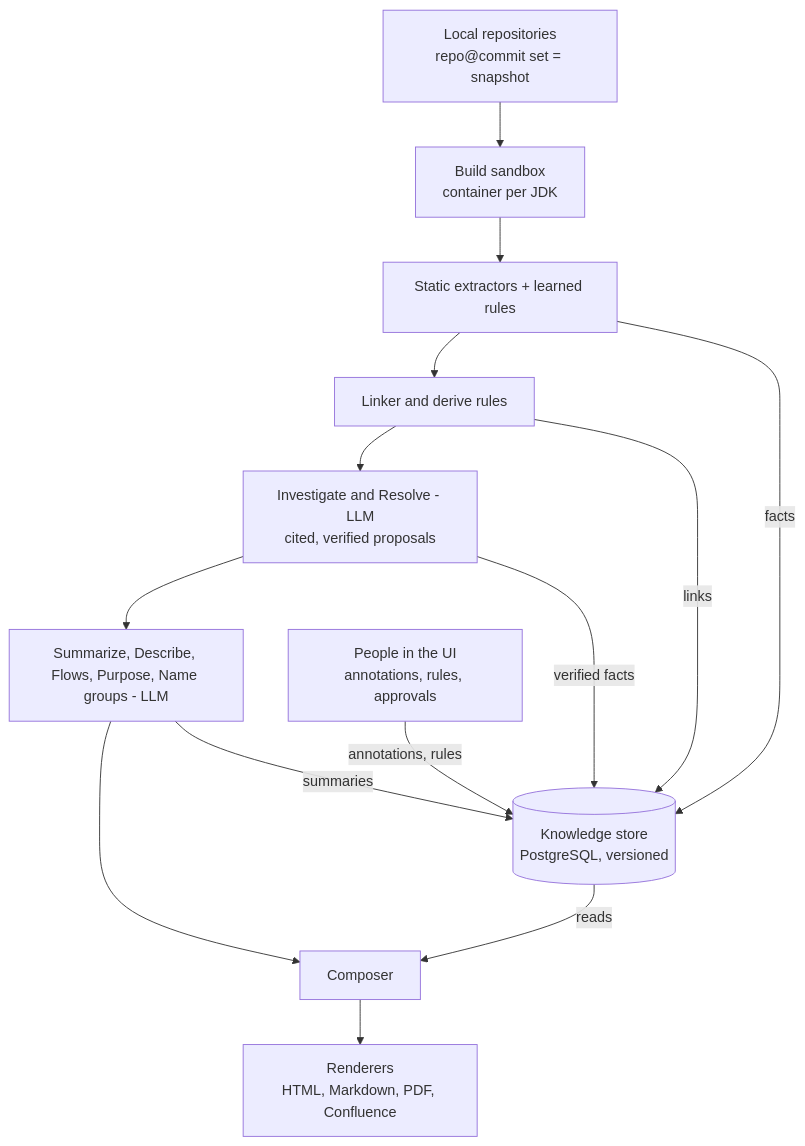
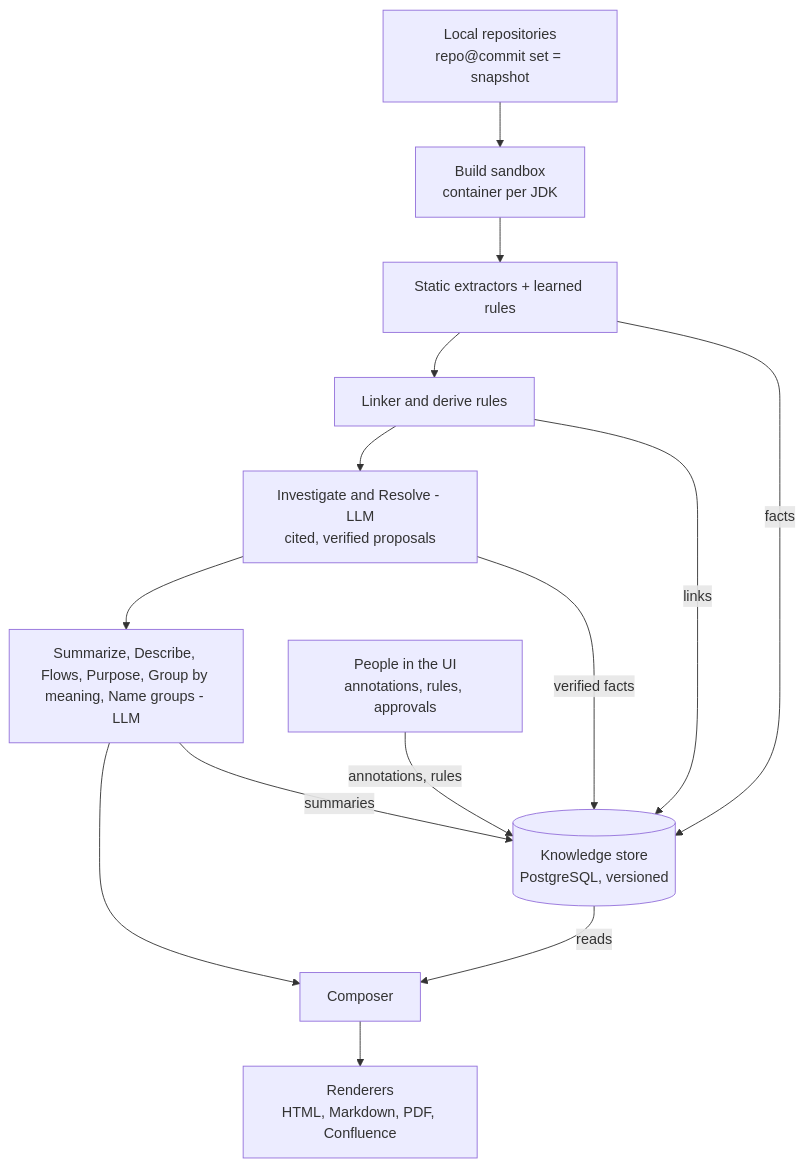
The diagram in docs/design.md (reubenbubu/lantern), drawn with Mermaid before and after one commit. The commit also changed other lines of this file and 27 other files, not shown here.

First line of the commit message:
A model groups by meaning what the code leaves ungrouped (#919) (#924)

````diff
--- a/docs/design.md
+++ b/docs/design.md
@@ -49,16 +49,16 @@
 ```mermaid
 flowchart TD
   repos[Local repositories<br/>repo@commit set = snapshot] --> build[Build sandbox<br/>container per JDK]
   build --> extract[Static extractors + learned rules]
   extract --> link[Linker and derive rules]
   link --> investigate[Investigate and Resolve - LLM<br/>cited, verified proposals]
-  investigate --> summarize[Summarize, Describe, Flows, Purpose, Name groups - LLM]
+  investigate --> summarize[Summarize, Describe, Flows, Purpose, Group by meaning, Name groups - LLM]
   summarize --> compose[Composer]
   compose --> render[Renderers<br/>HTML, Markdown, PDF, Confluence]
   people[People in the UI<br/>annotations, rules, approvals] -- annotations, rules --> store[(Knowledge store<br/>PostgreSQL, versioned)]
   extract -- facts --> store
   link -- links --> store
   investigate -- verified facts --> store
   summarize -- summaries --> store
   store -- reads --> compose
 ```
````
